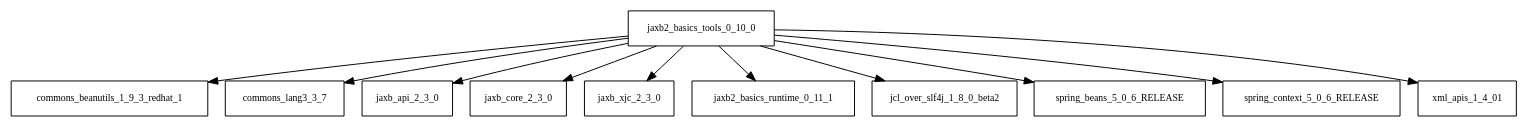
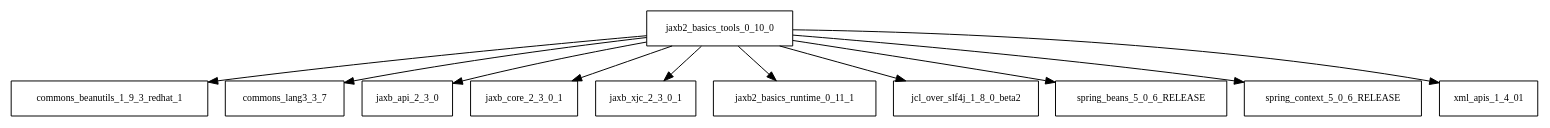
One commit to sjvs/cia changed the diagram in tattleTaleReport/graphviz/jaxb2-basics-tools-0.10.0.jar/jaxb2-basics-tools-0.10.0.jar.dot. Above: the diagram before and after it, drawn with Graphviz. The commit also changed 1779 other files, not shown here.

```diff
--- a/tattleTaleReport/graphviz/jaxb2-basics-tools-0.10.0.jar/jaxb2-basics-tools-0.10.0.jar.dot
+++ b/tattleTaleReport/graphviz/jaxb2-basics-tools-0.10.0.jar/jaxb2-basics-tools-0.10.0.jar.dot
@@ -1,13 +1,13 @@
 digraph jaxb2_basics_tools_0_10_0_dependencies {
   node [shape = box, fontsize=10.0];
   jaxb2_basics_tools_0_10_0 -> commons_beanutils_1_9_3_redhat_1;
   jaxb2_basics_tools_0_10_0 -> commons_lang3_3_7;
   jaxb2_basics_tools_0_10_0 -> jaxb_api_2_3_0;
-  jaxb2_basics_tools_0_10_0 -> jaxb_core_2_3_0;
-  jaxb2_basics_tools_0_10_0 -> jaxb_xjc_2_3_0;
+  jaxb2_basics_tools_0_10_0 -> jaxb_core_2_3_0_1;
+  jaxb2_basics_tools_0_10_0 -> jaxb_xjc_2_3_0_1;
   jaxb2_basics_tools_0_10_0 -> jaxb2_basics_runtime_0_11_1;
   jaxb2_basics_tools_0_10_0 -> jcl_over_slf4j_1_8_0_beta2;
   jaxb2_basics_tools_0_10_0 -> spring_beans_5_0_6_RELEASE;
   jaxb2_basics_tools_0_10_0 -> spring_context_5_0_6_RELEASE;
   jaxb2_basics_tools_0_10_0 -> xml_apis_1_4_01;
 }
```
